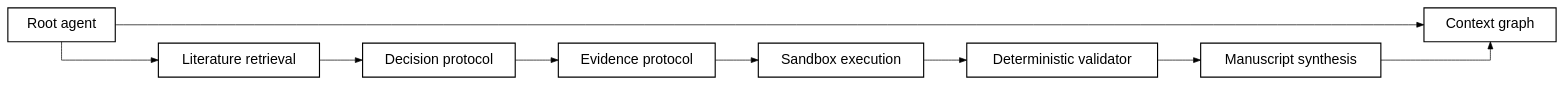
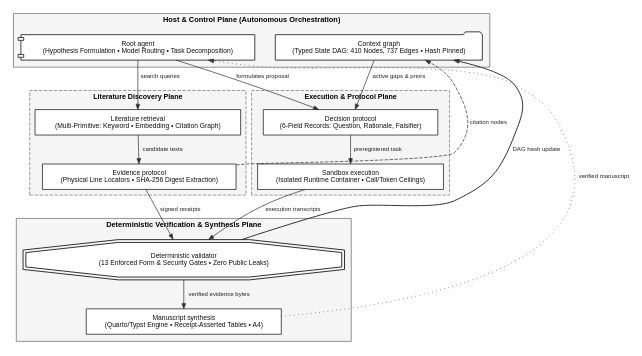
The diagram in paper/figures/rendered/fig-01.dot (umyunsang/argo), drawn with Graphviz before and after one commit. The commit also changed 32 other files, not shown here.

Commit message:
feat(paper): redesign all 9 figures into rich multi-tier technical architecture schematics with balanced aspect ratios

```diff
--- a/paper/figures/rendered/fig-01.dot
+++ b/paper/figures/rendered/fig-01.dot
@@ -1,24 +1,132 @@
-digraph G {
-  rankdir=LR;
+digraph SystemArchitecture {
+  compound=true;
+  rankdir=TB;
   bgcolor=white;
-  node [shape=box, style=solid, color=black, fontcolor=black, fontname="Helvetica", fontsize=20, penwidth=1.6, margin="0.30,0.18"];
-  edge [color=black, fontcolor=black, arrowhead=normal, penwidth=1.0];
-  splines=ortho;
-  nodesep=0.70; ranksep=0.85;
-  "Root agent" [label="Root agent"];
-  "Context graph" [label="Context graph"];
-  "Literature retrieval" [label="Literature retrieval"];
-  "Decision protocol" [label="Decision protocol"];
-  "Evidence protocol" [label="Evidence protocol"];
-  "Sandbox execution" [label="Sandbox execution"];
-  "Deterministic validator" [label="Deterministic validator"];
-  "Manuscript synthesis" [label="Manuscript synthesis"];
-  "Root agent" -> "Context graph";
-  "Root agent" -> "Literature retrieval";
-  "Literature retrieval" -> "Decision protocol";
-  "Decision protocol" -> "Evidence protocol";
-  "Evidence protocol" -> "Sandbox execution";
-  "Sandbox execution" -> "Deterministic validator";
-  "Deterministic validator" -> "Manuscript synthesis";
-  "Manuscript synthesis" -> "Context graph";
+  nodesep=0.40;
+  ranksep=0.45;
+
+  node [
+    shape=box,
+    style="filled,solid",
+    fillcolor="#FFFFFF",
+    color="#222222",
+    fontcolor="#111111",
+    fontname="Helvetica",
+    fontsize=9.5,
+    penwidth=1.1,
+    margin="0.14,0.09"
+  ];
+
+  edge [
+    color="#333333",
+    fontcolor="#222222",
+    fontname="Helvetica",
+    fontsize=8.5,
+    arrowhead=normal,
+    arrowsize=0.75,
+    penwidth=1.0
+  ];
+
+  subgraph cluster_host {
+    label="Host & Control Plane (Autonomous Orchestration)";
+    fontname="Helvetica-Bold";
+    fontsize=10.5;
+    color="#666666";
+    fillcolor="#F5F5F5";
+    style="filled,solid";
+    penwidth=1.0;
+    margin=10;
+
+    root_agent [
+      label="Root agent\n(Hypothesis Formulation • Model Routing • Task Decomposition)",
+      shape=component,
+      penwidth=1.2
+    ];
+
+    context_graph [
+      label="Context graph\n(Typed State DAG: 410 Nodes, 737 Edges • Hash Pinned)",
+      shape=folder,
+      penwidth=1.2
+    ];
+  }
+
+  subgraph cluster_middle {
+    style=invis;
+    
+    subgraph cluster_retrieval {
+      label="Literature Discovery Plane";
+      fontname="Helvetica-Bold";
+      fontsize=10.0;
+      color="#777777";
+      fillcolor="#F5F5F5";
+      style="filled,dashed";
+      margin=8;
+
+      lit_retrieval [
+        label="Literature retrieval\n(Multi-Primitive: Keyword • Embedding • Citation Graph)",
+        fillcolor="#FFFFFF"
+      ];
+
+      evidence_proto [
+        label="Evidence protocol\n(Physical Line Locators • SHA-256 Digest Extraction)",
+        fillcolor="#FFFFFF"
+      ];
+    }
+
+    subgraph cluster_execution {
+      label="Execution & Protocol Plane";
+      fontname="Helvetica-Bold";
+      fontsize=10.0;
+      color="#777777";
+      fillcolor="#F5F5F5";
+      style="filled,dashed";
+      margin=8;
+
+      dec_proto [
+        label="Decision protocol\n(6-Field Records: Question, Rationale, Falsifier)",
+        fillcolor="#FFFFFF"
+      ];
+
+      sandbox_exec [
+        label="Sandbox execution\n(Isolated Runtime Container • Call/Token Ceilings)",
+        fillcolor="#FFFFFF"
+      ];
+    }
+  }
+
+  subgraph cluster_synthesis {
+    label="Deterministic Verification & Synthesis Plane";
+    fontname="Helvetica-Bold";
+    fontsize=10.5;
+    color="#666666";
+    fillcolor="#F5F5F5";
+    style="filled,solid";
+    penwidth=1.0;
+    margin=10;
+
+    validator [
+      label="Deterministic validator\n(13 Enforced Form & Security Gates • Zero Public Leaks)",
+      shape=doubleoctagon,
+      penwidth=1.3,
+      fillcolor="#FFFFFF"
+    ];
+
+    synthesis [
+      label="Manuscript synthesis\n(Quarto/Typst Engine • Receipt-Asserted Tables • A4)",
+      fillcolor="#FFFFFF"
+    ];
+  }
+
+  root_agent -> lit_retrieval [label="search queries"];
+  lit_retrieval -> evidence_proto [label="candidate texts"];
+  root_agent -> dec_proto [label="formulates proposal"];
+  context_graph -> dec_proto [label="active gaps & priors"];
+  dec_proto -> sandbox_exec [label="preregistered task"];
+  sandbox_exec -> validator [label="execution transcripts"];
+  evidence_proto -> validator [label="signed receipts"];
+  validator -> synthesis [label="verified evidence bytes"];
+
+  evidence_proto -> context_graph [constraint=false, label="citation nodes", style=dashed];
+  validator -> context_graph [constraint=false, label="DAG hash update", style=bold, penwidth=1.4];
+  synthesis -> root_agent [constraint=false, label="verified manuscript", style=dotted];
 }
```
